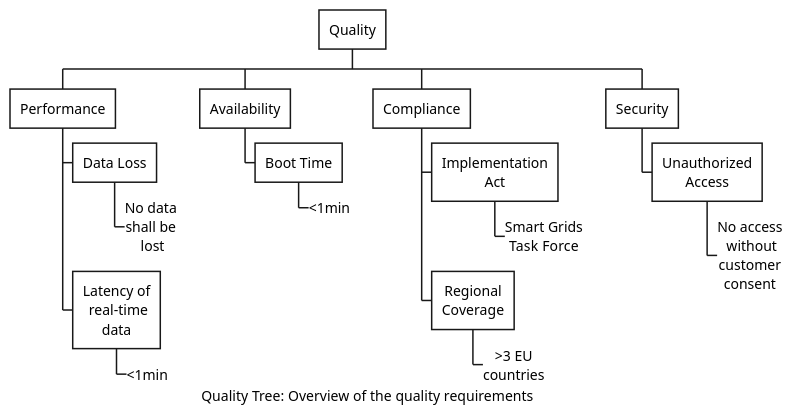
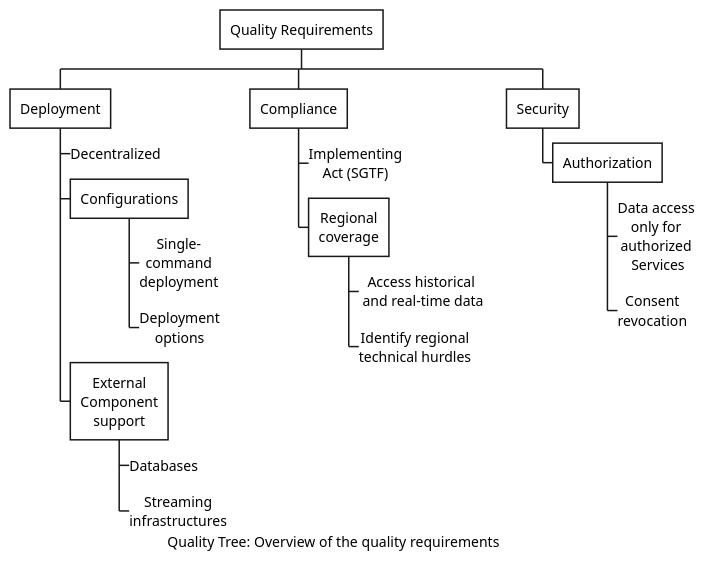
Before and after one commit to eddie-energy/architecture: the diagram in arc42/10-quality-requirements/figures/quality-tree.puml, drawn with PlantUML. The commit also changed 160 other files, not shown here.

```diff
--- a/arc42/10-quality-requirements/figures/quality-tree.puml
+++ b/arc42/10-quality-requirements/figures/quality-tree.puml
@@ -1,43 +1,42 @@
 @startwbs quality-tree
 'work breakdown structure
 caption Quality Tree: Overview of the quality requirements
 
 <style>
 wbsdiagram {
   node {
     BackgroundColor transparemt
     HorizontalAlignment center
     fontsize 14
   }
 '   :depth(3) {
 '     Linecolor white
 '   }
 }
 </style>
 
-* Quality
+* Quality Requirements
 
-++ Performance
-+++ Data Loss
-++++_ No data\nshall be\n lost
-+++ Latency of\n real-time\ndata
-++++_ <1min
-
-++ Availability
-+++ Boot Time
-++++_ <1min
-' +++ Down Time
-' ++++_ <60min/day
+++ Deployment
++++_ Decentralized
++++ Configurations
+++++_ Single-\ncommand\ndeployment
+++++_ Deployment\noptions
++++ External\nComponent\nsupport
+++++_ Databases
+++++_ Streaming\ninfrastructures
 
 ++ Compliance
-+++ Implementation\nAct
-++++_  Smart Grids\nTask Force
-+++ Regional\nCoverage
-++++_ >3 EU\ncountries
++++_ Implementing\nAct (SGTF)
++++ Regional\ncoverage
+++++_ Access historical\n and real-time data
+++++_ Identify regional\ntechnical hurdles
 
 ++ Security
-+++ Unauthorized\nAccess
-++++_ No access\n without\ncustomer\nconsent
++++ Authorization
+++++_ Data access\nonly for\nauthorized\n Services
+++++_ Consent\nrevocation
+
 
 
 @endwbs
```
